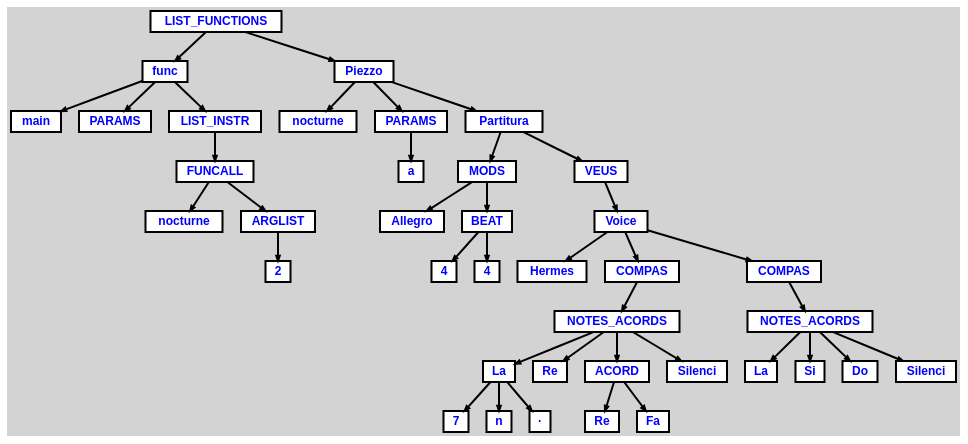
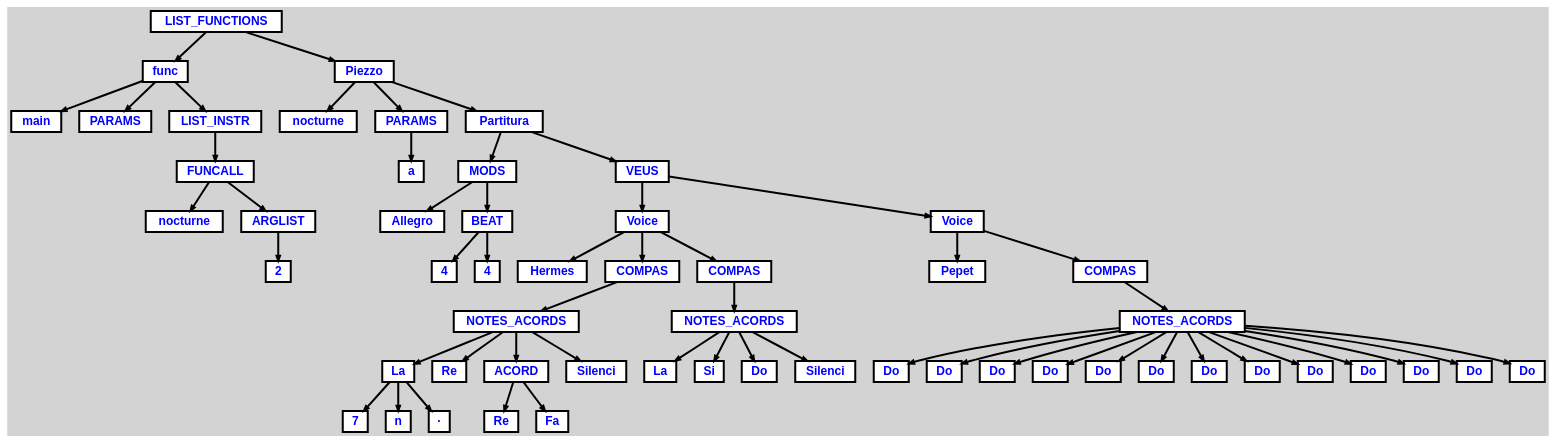
The diagram in inputs/input2.dot (marcbenedi/MusicLanguage), drawn with Graphviz before and after one commit. The commit also changed 10 other files, not shown here.

```diff
--- a/inputs/input2.dot
+++ b/inputs/input2.dot
@@ -1,105 +1,142 @@
 digraph {
 
 	ordering=out;
 	ranksep=.4;
 	bgcolor="lightgrey"; node [shape=box, fixedsize=false, fontsize=12, fontname="Helvetica-bold", fontcolor="blue"
 		width=.25, height=.25, color="black", fillcolor="white", style="filled, solid, bold"];
 	edge [arrowsize=.5, color="black", style="bold"]
 
   n0 [label="LIST_FUNCTIONS"];
   n1 [label="func"];
   n1 [label="func"];
   n2 [label="main"];
   n3 [label="PARAMS"];
   n4 [label="LIST_INSTR"];
   n4 [label="LIST_INSTR"];
   n5 [label="FUNCALL"];
   n5 [label="FUNCALL"];
   n6 [label="nocturne"];
   n7 [label="ARGLIST"];
   n7 [label="ARGLIST"];
   n8 [label="2"];
   n9 [label="Piezzo"];
   n9 [label="Piezzo"];
   n10 [label="nocturne"];
   n11 [label="PARAMS"];
   n11 [label="PARAMS"];
   n12 [label="a"];
   n13 [label="Partitura"];
   n13 [label="Partitura"];
   n14 [label="MODS"];
   n14 [label="MODS"];
   n15 [label="Allegro"];
   n16 [label="BEAT"];
   n16 [label="BEAT"];
   n17 [label="4"];
   n18 [label="4"];
   n19 [label="VEUS"];
   n19 [label="VEUS"];
   n20 [label="Voice"];
   n20 [label="Voice"];
   n21 [label="Hermes"];
   n22 [label="COMPAS"];
   n22 [label="COMPAS"];
   n23 [label="NOTES_ACORDS"];
   n23 [label="NOTES_ACORDS"];
   n24 [label="La"];
   n24 [label="La"];
   n25 [label="7"];
   n26 [label="n"];
   n27 [label="·"];
   n28 [label="Re"];
   n29 [label="ACORD"];
   n29 [label="ACORD"];
   n30 [label="Re"];
   n31 [label="Fa"];
   n32 [label="Silenci"];
   n33 [label="COMPAS"];
   n33 [label="COMPAS"];
   n34 [label="NOTES_ACORDS"];
   n34 [label="NOTES_ACORDS"];
   n35 [label="La"];
   n36 [label="Si"];
   n37 [label="Do"];
   n38 [label="Silenci"];
+  n39 [label="Voice"];
+  n39 [label="Voice"];
+  n40 [label="Pepet"];
+  n41 [label="COMPAS"];
+  n41 [label="COMPAS"];
+  n42 [label="NOTES_ACORDS"];
+  n42 [label="NOTES_ACORDS"];
+  n43 [label="Do"];
+  n44 [label="Do"];
+  n45 [label="Do"];
+  n46 [label="Do"];
+  n47 [label="Do"];
+  n48 [label="Do"];
+  n49 [label="Do"];
+  n50 [label="Do"];
+  n51 [label="Do"];
+  n52 [label="Do"];
+  n53 [label="Do"];
+  n54 [label="Do"];
+  n55 [label="Do"];
 
   n0 -> n1 // "LIST_FUNCTIONS" -> "func"
   n1 -> n2 // "func" -> "main"
   n1 -> n3 // "func" -> "PARAMS"
   n1 -> n4 // "func" -> "LIST_INSTR"
   n4 -> n5 // "LIST_INSTR" -> "FUNCALL"
   n5 -> n6 // "FUNCALL" -> "nocturne"
   n5 -> n7 // "FUNCALL" -> "ARGLIST"
   n7 -> n8 // "ARGLIST" -> "2"
   n0 -> n9 // "LIST_FUNCTIONS" -> "Piezzo"
   n9 -> n10 // "Piezzo" -> "nocturne"
   n9 -> n11 // "Piezzo" -> "PARAMS"
   n11 -> n12 // "PARAMS" -> "a"
   n9 -> n13 // "Piezzo" -> "Partitura"
   n13 -> n14 // "Partitura" -> "MODS"
   n14 -> n15 // "MODS" -> "Allegro"
   n14 -> n16 // "MODS" -> "BEAT"
   n16 -> n17 // "BEAT" -> "4"
   n16 -> n18 // "BEAT" -> "4"
   n13 -> n19 // "Partitura" -> "VEUS"
   n19 -> n20 // "VEUS" -> "Voice"
   n20 -> n21 // "Voice" -> "Hermes"
   n20 -> n22 // "Voice" -> "COMPAS"
   n22 -> n23 // "COMPAS" -> "NOTES_ACORDS"
   n23 -> n24 // "NOTES_ACORDS" -> "La"
   n24 -> n25 // "La" -> "7"
   n24 -> n26 // "La" -> "n"
   n24 -> n27 // "La" -> "·"
   n23 -> n28 // "NOTES_ACORDS" -> "Re"
   n23 -> n29 // "NOTES_ACORDS" -> "ACORD"
   n29 -> n30 // "ACORD" -> "Re"
   n29 -> n31 // "ACORD" -> "Fa"
   n23 -> n32 // "NOTES_ACORDS" -> "Silenci"
   n20 -> n33 // "Voice" -> "COMPAS"
   n33 -> n34 // "COMPAS" -> "NOTES_ACORDS"
   n34 -> n35 // "NOTES_ACORDS" -> "La"
   n34 -> n36 // "NOTES_ACORDS" -> "Si"
   n34 -> n37 // "NOTES_ACORDS" -> "Do"
   n34 -> n38 // "NOTES_ACORDS" -> "Silenci"
+  n19 -> n39 // "VEUS" -> "Voice"
+  n39 -> n40 // "Voice" -> "Pepet"
+  n39 -> n41 // "Voice" -> "COMPAS"
+  n41 -> n42 // "COMPAS" -> "NOTES_ACORDS"
+  n42 -> n43 // "NOTES_ACORDS" -> "Do"
+  n42 -> n44 // "NOTES_ACORDS" -> "Do"
+  n42 -> n45 // "NOTES_ACORDS" -> "Do"
+  n42 -> n46 // "NOTES_ACORDS" -> "Do"
+  n42 -> n47 // "NOTES_ACORDS" -> "Do"
+  n42 -> n48 // "NOTES_ACORDS" -> "Do"
+  n42 -> n49 // "NOTES_ACORDS" -> "Do"
+  n42 -> n50 // "NOTES_ACORDS" -> "Do"
+  n42 -> n51 // "NOTES_ACORDS" -> "Do"
+  n42 -> n52 // "NOTES_ACORDS" -> "Do"
+  n42 -> n53 // "NOTES_ACORDS" -> "Do"
+  n42 -> n54 // "NOTES_ACORDS" -> "Do"
+  n42 -> n55 // "NOTES_ACORDS" -> "Do"
 
 }
```
